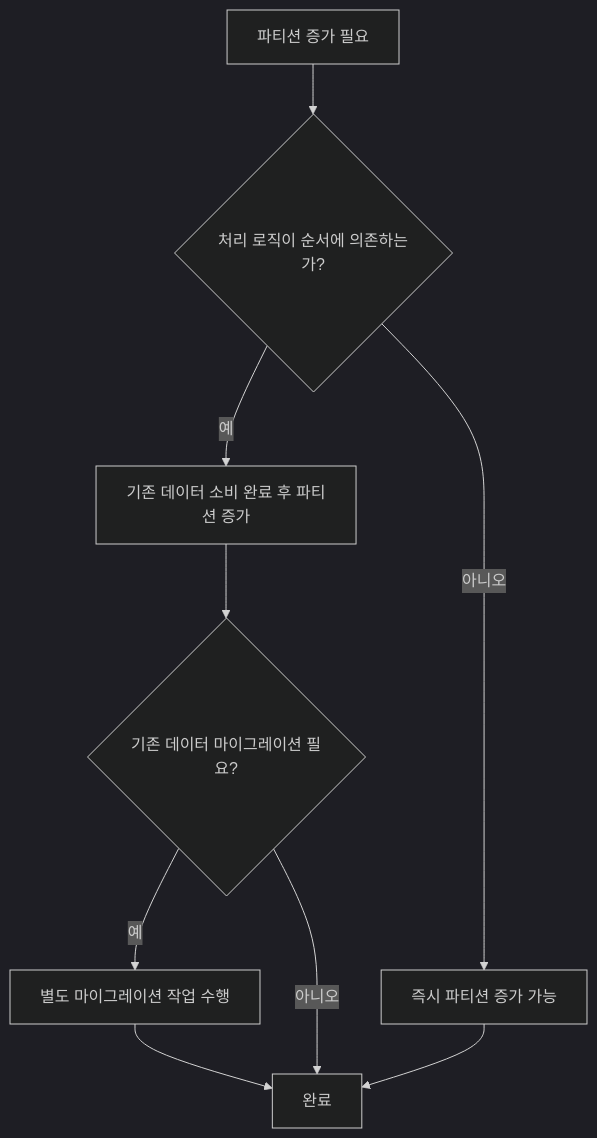
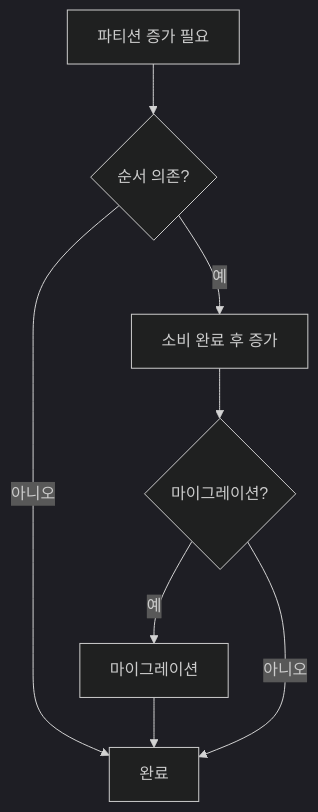
Before and after one commit to yjkim2015/yjkim2015.github.io: the eighth of 8 diagrams in _posts/kafka/2026-05-01-kafka-broker-deep.md, drawn with Mermaid (dark theme). The commit also changed other lines of this file and 215 other files, not shown here.

First line of the commit message:
신규 포스트 10개 추가 + Mermaid 전면 축소 + SystemDesign 시리즈 보강

````diff
--- a/_posts/kafka/2026-05-01-kafka-broker-deep.md
+++ b/_posts/kafka/2026-05-01-kafka-broker-deep.md
@@ -382,19 +336,8 @@
 ```mermaid
 flowchart TD
-    A["파티션 증가 필요"]
-    B{"처리 로직이 순서에 의존하는가?"}
-    C["기존 데이터 소비 완료 후 파티션 증가"]
-    D["즉시 파티션 증가 가능"]
-    E{"기존 데이터 마이그레이션 필요?"}
-    F["별도 마이그레이션 작업 수행"]
-    G["완료"]
-
-    A --> B
-    B -->|"예"| C
-    B -->|"아니오"| D
-    C --> E
-    E -->|"예"| F
-    E -->|"아니오"| G
-    D --> G
-    F --> G
+    A["파티션 증가 필요"] --> B{"순서 의존?"}
+    B -->|예| C["소비 완료 후 증가"] --> E{"마이그레이션?"}
+    B -->|아니오| G["완료"]
+    E -->|예| F["마이그레이션"] --> G
+    E -->|아니오| G
 ```
````
